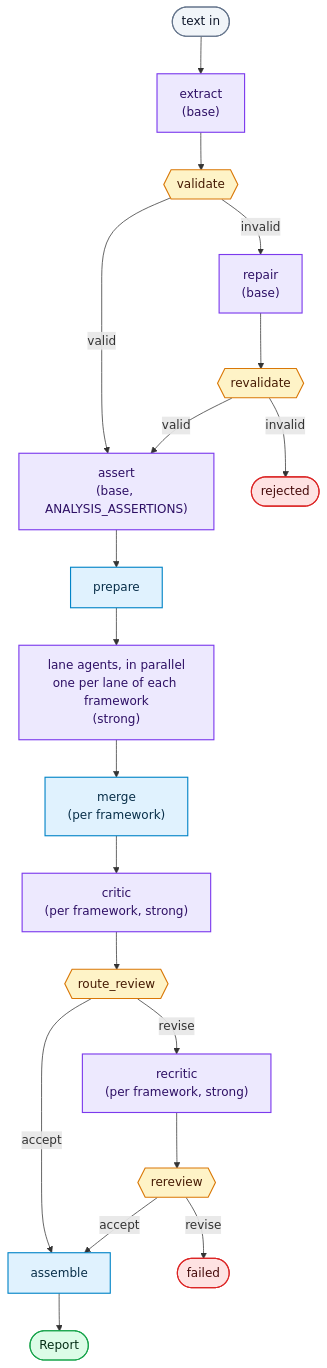
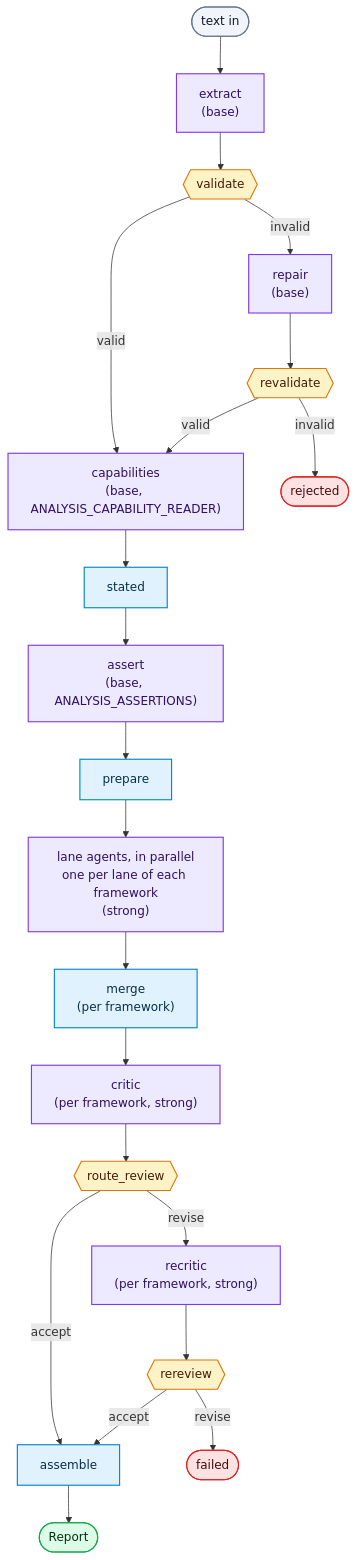
One commit to mstarks01/work-agent changed the diagram in docs/Architecture.md. Above: the diagram before and after it, drawn with Mermaid. The commit also changed other lines of this file and 22 other files, not shown here.

First line of the commit message:
Add a capability reader that states the capabilities a source states, off by default

````diff
--- a/docs/Architecture.md
+++ b/docs/Architecture.md
@@ -18,37 +18,39 @@
 ```mermaid
 flowchart TD
     start([text in]) --> extract["extract<br/>(base)"]
     extract --> validate{{validate}}
-    validate -- valid --> assert["assert<br/>(base, ANALYSIS_ASSERTIONS)"]
+    validate -- valid --> capabilities["capabilities<br/>(base, ANALYSIS_CAPABILITY_READER)"]
     validate -- invalid --> repair["repair<br/>(base)"]
     repair --> revalidate{{revalidate}}
-    revalidate -- valid --> assert
+    revalidate -- valid --> capabilities
+    capabilities --> stated[stated]
+    stated --> assert["assert<br/>(base, ANALYSIS_ASSERTIONS)"]
     revalidate -- invalid --> reject([rejected])
     assert --> prepare[prepare]
 
     prepare --> analyze["lane agents, in parallel<br/>one per lane of each framework<br/>(strong)"]
     analyze --> merge["merge<br/>(per framework)"]
     merge --> critic["critic<br/>(per framework, strong)"]
     critic --> router{{route_review}}
 
     router -- accept --> assemble[assemble]
     router -- revise --> recritic["recritic<br/>(per framework, strong)"]
     recritic --> rereview{{rereview}}
     rereview -- accept --> assemble
     rereview -- revise --> failed([failed])
     assemble --> report([Report])
 
     classDef llm fill:#ede9fe,stroke:#7c3aed,stroke-width:1.5px,color:#2e1065
     classDef code fill:#e0f2fe,stroke:#0284c7,stroke-width:1.5px,color:#082f49
     classDef gate fill:#fef3c7,stroke:#d97706,stroke-width:1.5px,color:#451a03
     classDef good fill:#dcfce7,stroke:#16a34a,stroke-width:1.5px,color:#052e16
     classDef bad fill:#fee2e2,stroke:#dc2626,stroke-width:1.5px,color:#450a0a
     classDef io fill:#f1f5f9,stroke:#64748b,stroke-width:1.5px,color:#0f172a
 
-    class extract,repair,assert,analyze,critic,recritic llm
-    class prepare,merge,assemble code
+    class extract,repair,capabilities,assert,analyze,critic,recritic llm
+    class stated,prepare,merge,assemble code
     class validate,revalidate,router,rereview gate
     class report good
     class reject,failed bad
     class start io
 ```
````
